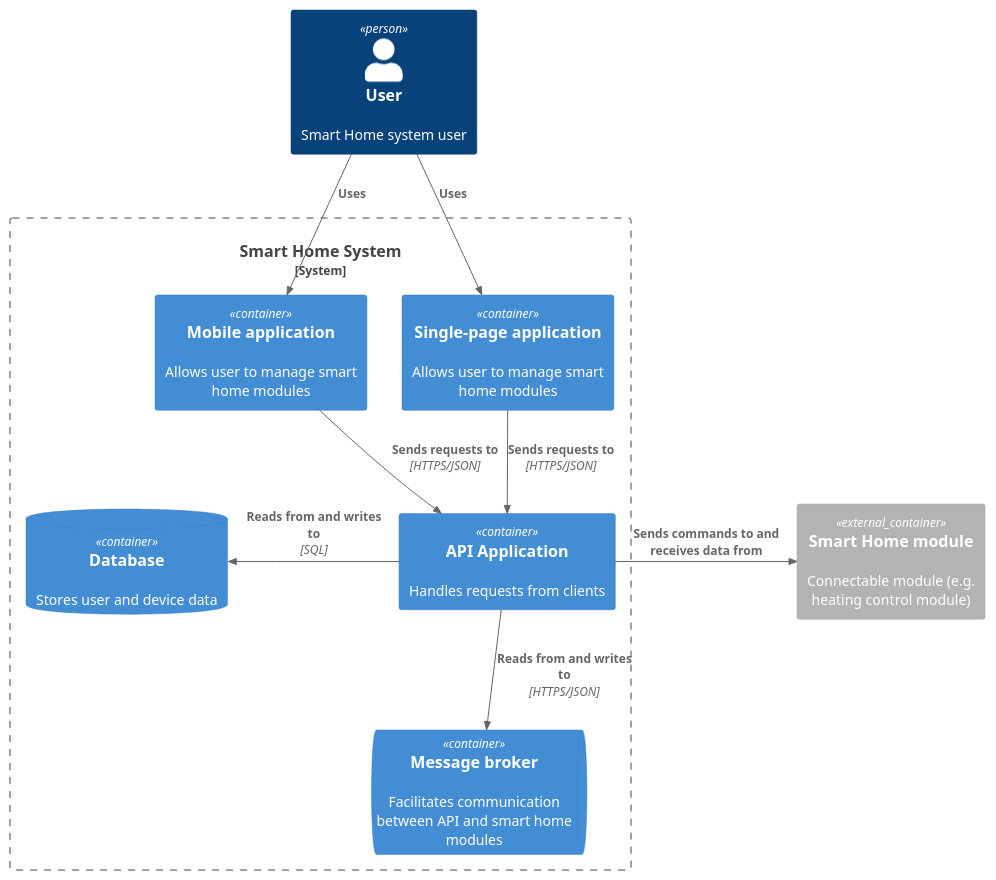
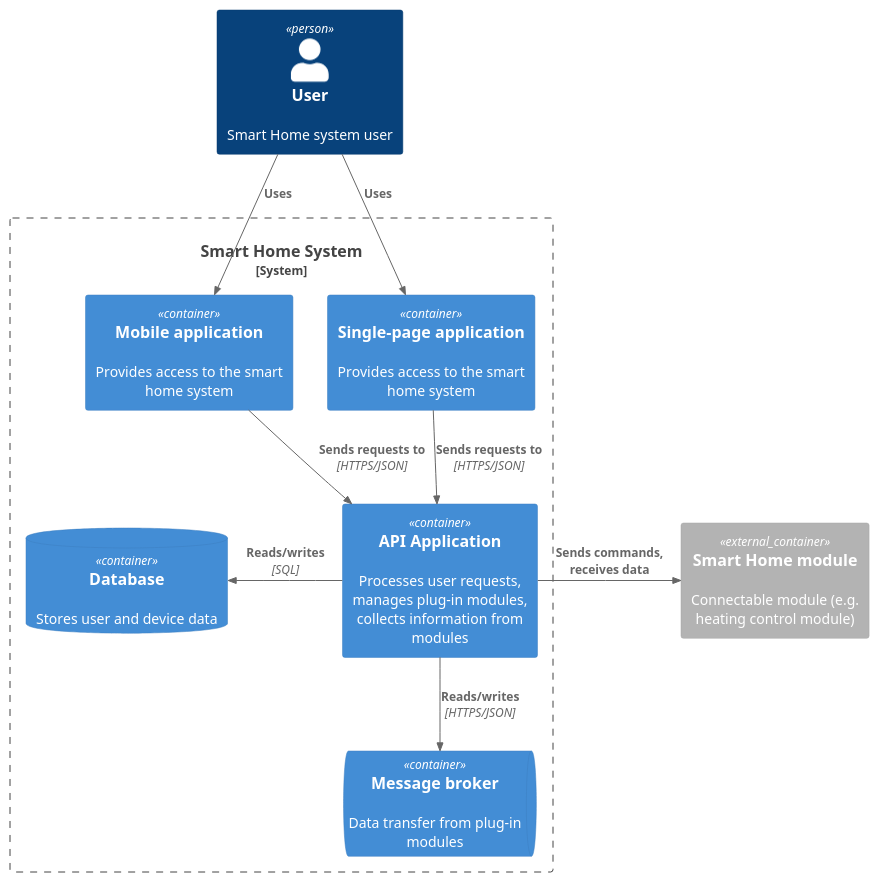
One commit to Madm1key/architecture-warmhouse changed the diagram in diagram/container/SmartHome_Container.puml. Above: the diagram before and after it, drawn with PlantUML. The commit also changed 2 other files, not shown here.

Commit message:
doc: обновлены описания контейнеров и компонентов в диаграммах C4

```diff
--- a/diagram/container/SmartHome_Container.puml
+++ b/diagram/container/SmartHome_Container.puml
@@ -1,26 +1,26 @@
 @startuml
 !include https://raw.githubusercontent.com/plantuml-stdlib/C4-PlantUML/master/C4_Container.puml
 
 Person(user, "User", "Smart Home system user")
 
 System_Boundary(s, "Smart Home System") {
-  Container(mobileApp, "Mobile application", $descr="Allows user to manage smart home modules")
-  Container(spa, "Single-page application", $descr="Allows user to manage smart home modules")
-  Container(api, "API Application", $descr="Handles requests from clients")
+  Container(mobileApp, "Mobile application", $descr="Provides access to the smart home system")
+  Container(spa, "Single-page application", $descr="Provides access to the smart home system")
+  Container(api, "API Application", $descr="Processes user requests, manages plug-in modules, collects information from modules")
 
   ContainerDb(db, "Database", $descr="Stores user and device data")
-  ContainerQueue(broker, "Message broker", $descr="Facilitates communication between API and smart home modules")
+  ContainerQueue(broker, "Message broker", $descr="Data transfer from plug-in modules")
 }
 
 Container_Ext(module, "Smart Home module", $descr="Connectable module (e.g. heating control module)")
 
 Rel(user, mobileApp, "Uses")
 Rel(user, spa, "Uses")
 
 Rel(mobileApp, api, "Sends requests to", "HTTPS/JSON")
 Rel(spa, api, "Sends requests to", "HTTPS/JSON")
 
-Rel_L(api, db, "Reads from and writes to", "SQL")
-Rel_D(api, broker, "Reads from and writes to", "HTTPS/JSON")
-Rel_R(api, module, "Sends commands to and receives data from")
+Rel_L(api, db, "Reads/writes", "SQL")
+Rel_D(api, broker, "Reads/writes", "HTTPS/JSON")
+Rel_R(api, module, "Sends commands, receives data")
 @enduml
```
